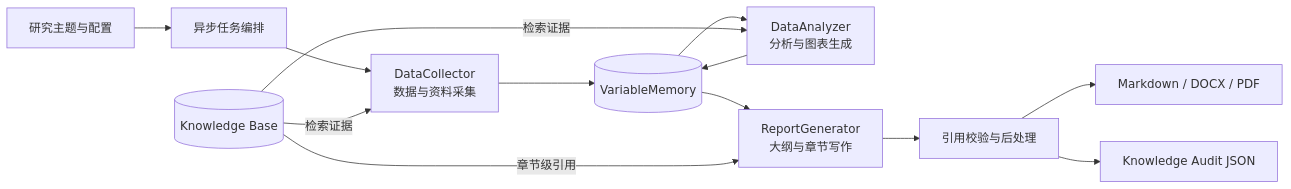
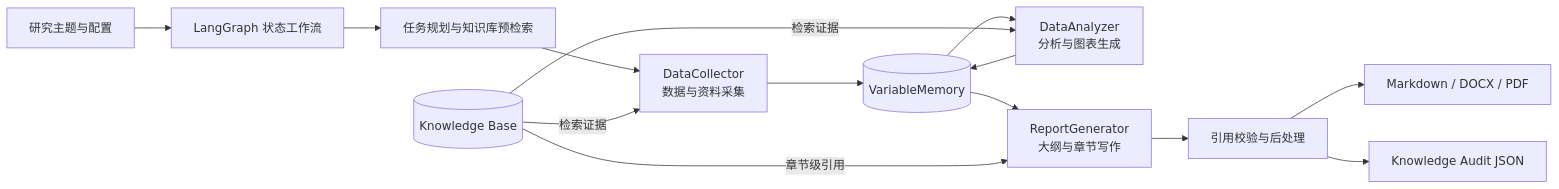
One commit to Liousesixteen/Financial-Research-System changed the first of 2 diagrams in README.md. Above: the diagram before and after it, drawn with Mermaid. The commit also changed other lines of this file and 15 other files, not shown here.

````diff
--- a/README.md
+++ b/README.md
@@ -60,15 +60,16 @@
 ```mermaid
 flowchart LR
-    U[研究主题与配置] --> O[异步任务编排]
-    O --> C[DataCollector<br/>数据与资料采集]
+    U[研究主题与配置] --> O[LangGraph 状态工作流]
+    O --> P0[任务规划与知识库预检索]
+    P0 --> C[DataCollector<br/>数据与资料采集]
     C --> M[(VariableMemory)]
     M --> A[DataAnalyzer<br/>分析与图表生成]
     A --> M
     M --> R[ReportGenerator<br/>大纲与章节写作]
     KB[(Knowledge Base)] -->|检索证据| C
     KB -->|检索证据| A
     KB -->|章节级引用| R
     R --> P[引用校验与后处理]
     P --> OUT[Markdown / DOCX / PDF]
     P --> AUDIT[Knowledge Audit JSON]
 ```
````
